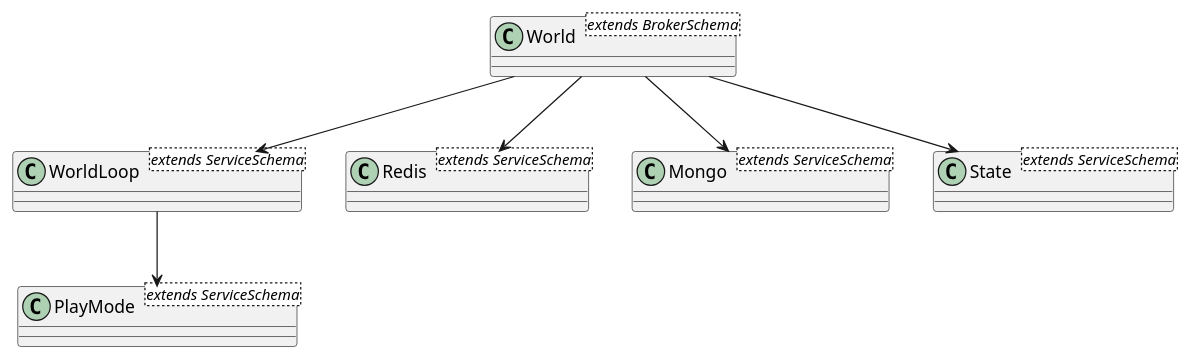
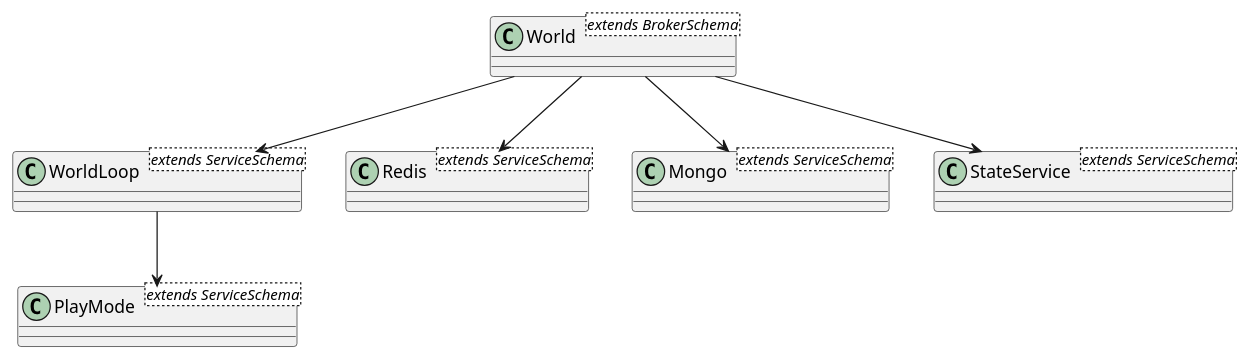
One commit to Cloudxtreme/engine-2 changed the diagram in docs/_site/pages/developer_guide/world/world_architecture.puml. Above: the diagram before and after it, drawn with PlantUML. The commit also changed 29 other files, not shown here.

```diff
--- a/docs/_site/pages/developer_guide/world/world_architecture.puml
+++ b/docs/_site/pages/developer_guide/world/world_architecture.puml
@@ -1,14 +1,14 @@
 @startuml
 class World<extends BrokerSchema>
 class WorldLoop<extends ServiceSchema>
 class Redis<extends ServiceSchema>
 class Mongo<extends ServiceSchema>
 class PlayMode<extends ServiceSchema>
-class State<extends ServiceSchema>
+class StateService<extends ServiceSchema>
 
 World --> WorldLoop
 World --> Redis
 World --> Mongo
-World --> State
+World --> StateService
 WorldLoop --> PlayMode
 @enduml
```
